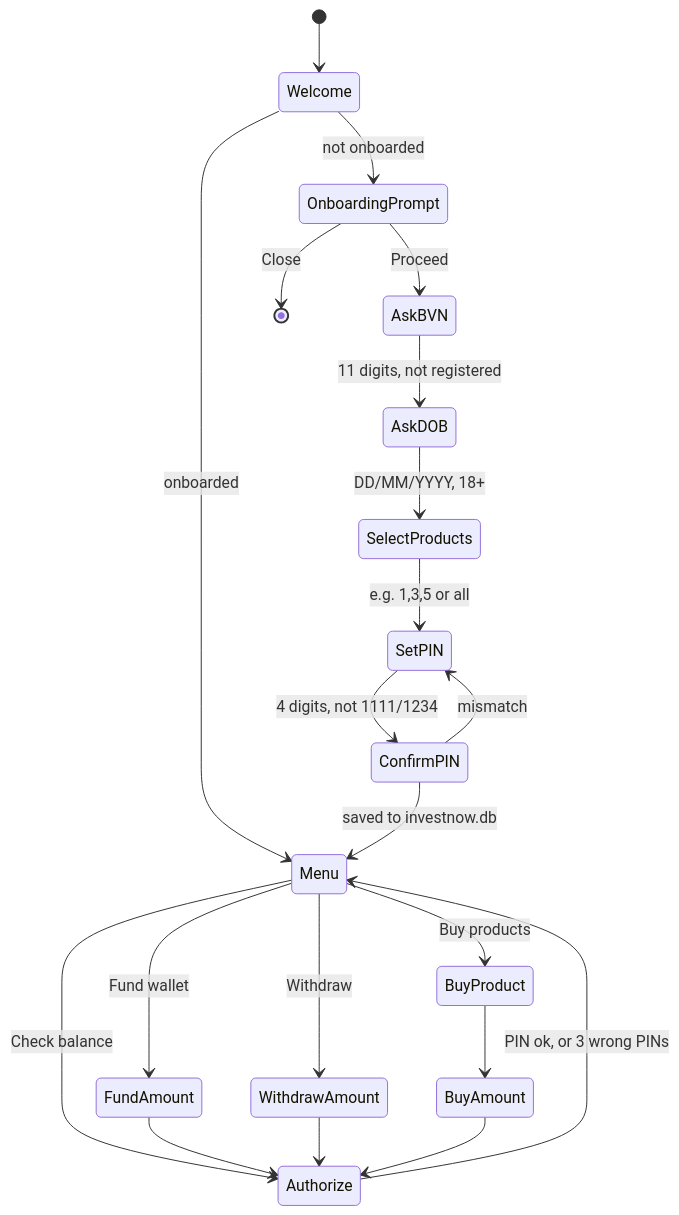
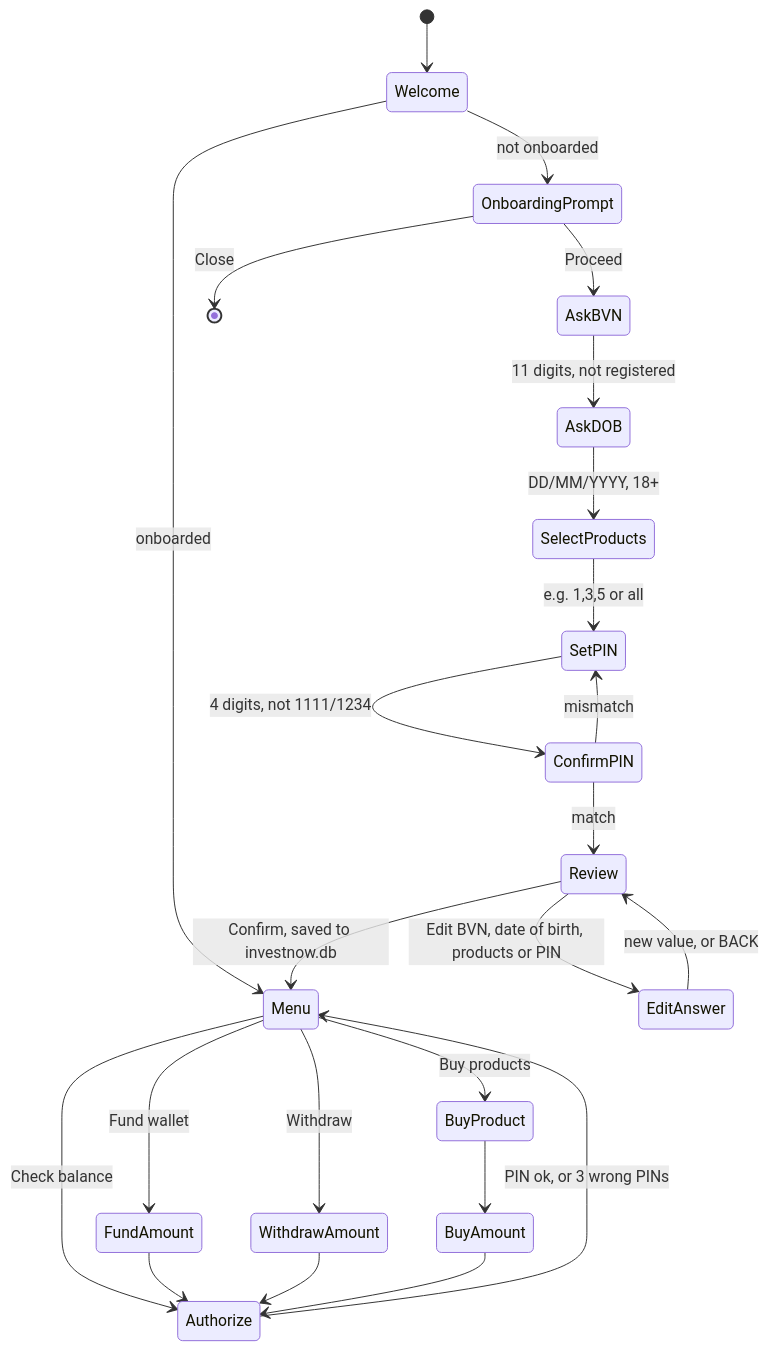
The second of 2 diagrams in README.md (kingsloob1/ucap-whatsapp-api), drawn with Mermaid before and after one commit. The commit also changed other lines of this file and 4 other files, not shown here.

First line of the commit message:
feat: review and edit onboarding answers before the account is created

````diff
--- a/README.md
+++ b/README.md
@@ -139,23 +139,26 @@
 ```mermaid
 stateDiagram-v2
   [*] --> Welcome
   Welcome --> OnboardingPrompt: not onboarded
   Welcome --> Menu: onboarded
   OnboardingPrompt --> AskBVN: Proceed
   OnboardingPrompt --> [*]: Close
   AskBVN --> AskDOB: 11 digits, not registered
   AskDOB --> SelectProducts: DD/MM/YYYY, 18+
   SelectProducts --> SetPIN: e.g. 1,3,5 or all
   SetPIN --> ConfirmPIN: 4 digits, not 1111/1234
   ConfirmPIN --> SetPIN: mismatch
-  ConfirmPIN --> Menu: saved to investnow.db
+  ConfirmPIN --> Review: match
+  Review --> EditAnswer: Edit BVN, date of birth, products or PIN
+  EditAnswer --> Review: new value, or BACK
+  Review --> Menu: Confirm, saved to investnow.db
   Menu --> FundAmount: Fund wallet
   Menu --> WithdrawAmount: Withdraw
   Menu --> BuyProduct: Buy products
   Menu --> Authorize: Check balance
   FundAmount --> Authorize
   WithdrawAmount --> Authorize
   BuyProduct --> BuyAmount
   BuyAmount --> Authorize
   Authorize --> Menu: PIN ok, or 3 wrong PINs
 ```
````
